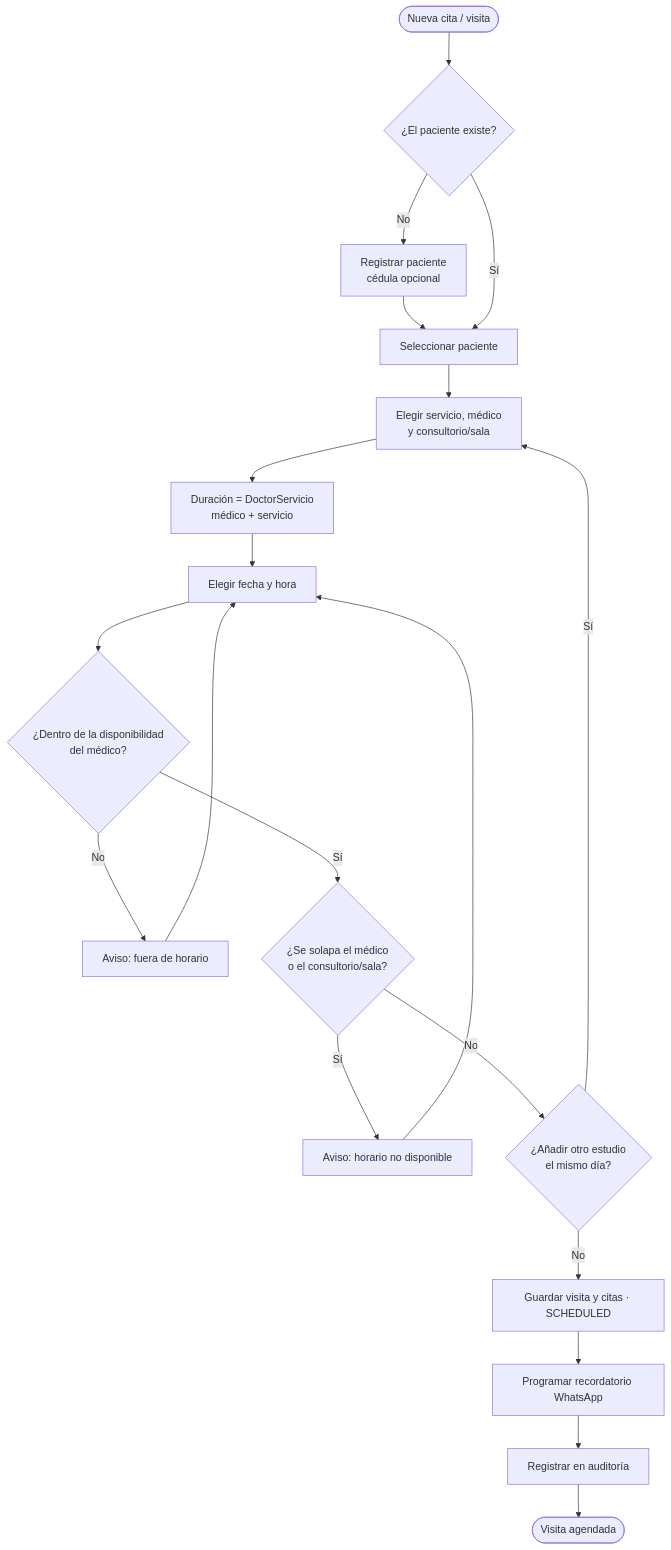
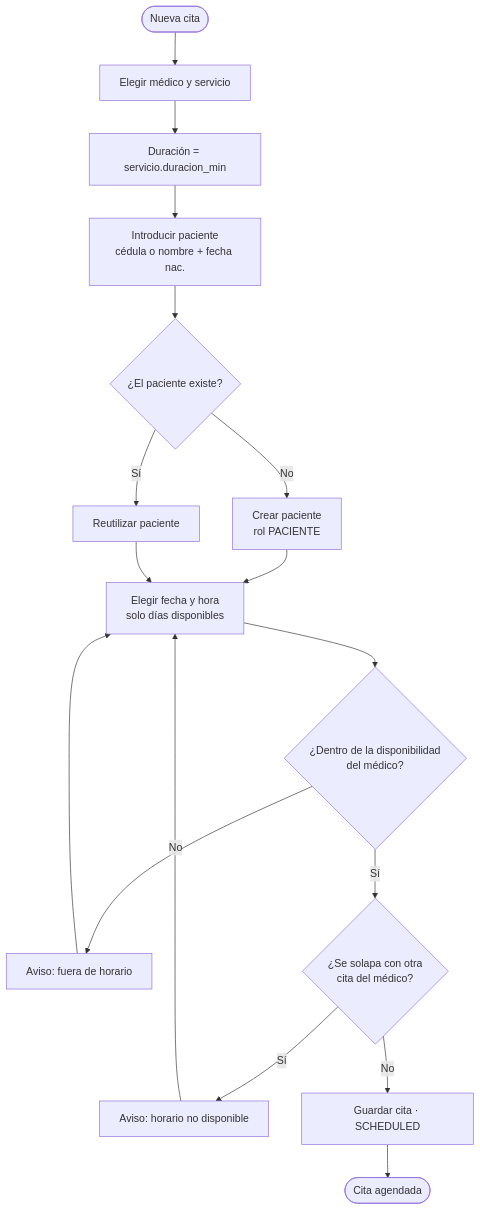
Before and after one commit to DhanaCorredor/diagnostico-backend: the second of 2 diagrams in docs/FLUJO-USUARIO.md, drawn with Mermaid. The commit also changed other lines of this file and 4 other files, not shown here.

````diff
--- a/docs/FLUJO-USUARIO.md
+++ b/docs/FLUJO-USUARIO.md
@@ -41,22 +43,19 @@
 ```mermaid
 flowchart TD
-    S([Nueva cita / visita]) --> P{¿El paciente existe?}
-    P -- No --> P1[Registrar paciente<br/>cédula opcional]
-    P1 --> Q
-    P -- Sí --> Q[Seleccionar paciente]
-    Q --> R[Elegir servicio, médico<br/>y consultorio/sala]
-    R --> R1[Duración = DoctorServicio<br/>médico + servicio]
-    R1 --> T[Elegir fecha y hora]
+    S([Nueva cita]) --> R[Elegir médico y servicio]
+    R --> R1[Duración = servicio.duracion_min]
+    R1 --> C1[Introducir paciente<br/>cédula o nombre + fecha nac.]
+    C1 --> P{¿El paciente existe?}
+    P -- No --> P1[Crear paciente<br/>rol PACIENTE]
+    P1 --> T
+    P -- Sí --> P2[Reutilizar paciente]
+    P2 --> T[Elegir fecha y hora<br/>solo días disponibles]
     T --> U{¿Dentro de la disponibilidad<br/>del médico?}
     U -- No --> V[Aviso: fuera de horario]
     V --> T
-    U -- Sí --> W{¿Se solapa el médico<br/>o el consultorio/sala?}
+    U -- Sí --> W{¿Se solapa con otra<br/>cita del médico?}
     W -- Sí --> X[Aviso: horario no disponible]
     X --> T
-    W -- No --> M{¿Añadir otro estudio<br/>el mismo día?}
-    M -- Sí --> R
-    M -- No --> Y[Guardar visita y citas · SCHEDULED]
-    Y --> Y1[Programar recordatorio WhatsApp]
-    Y1 --> Y2[Registrar en auditoría]
-    Y2 --> Z([Visita agendada])
+    W -- No --> Y[Guardar cita · SCHEDULED]
+    Y --> Z([Cita agendada])
 ```
````
